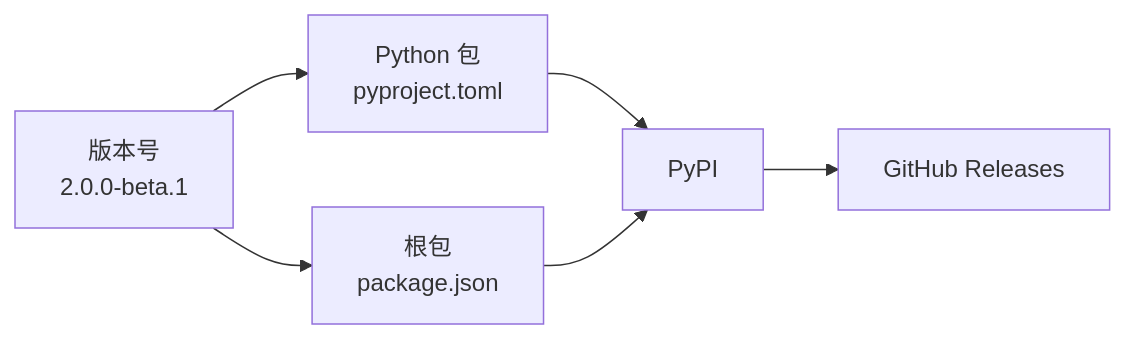
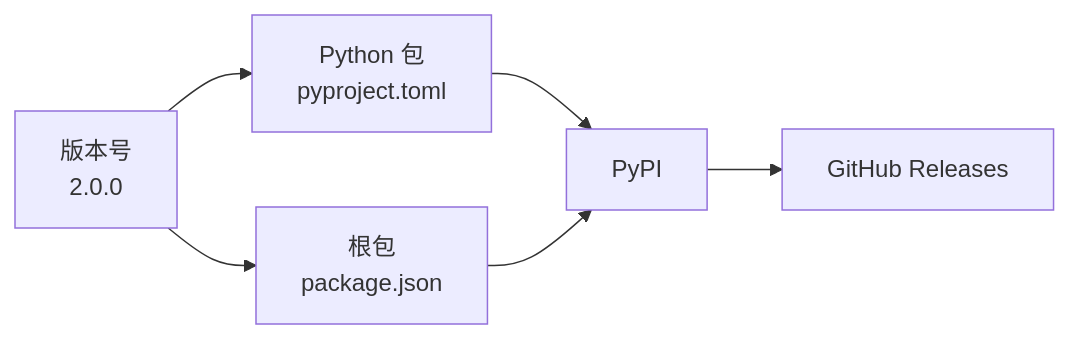
Before and after one commit to modelscope/modelscope-studio: the fourth of 4 diagrams in .wiki/zh/项目概述/版本信息.md, drawn with Mermaid. The commit also changed other lines of this file and 19 other files, not shown here.

````diff
--- a/.wiki/zh/项目概述/版本信息.md
+++ b/.wiki/zh/项目概述/版本信息.md
@@ -268,8 +268,8 @@
 ```mermaid
 graph LR
-V["版本号<br/>2.0.0-beta.1"] --> P["Python 包<br/>pyproject.toml"]
+V["版本号<br/>2.0.0"] --> P["Python 包<br/>pyproject.toml"]
 V --> R["根包<br/>package.json"]
 P --> PYPI["PyPI"]
 R --> PYPI
 PYPI --> REL["GitHub Releases"]
 ```
````
